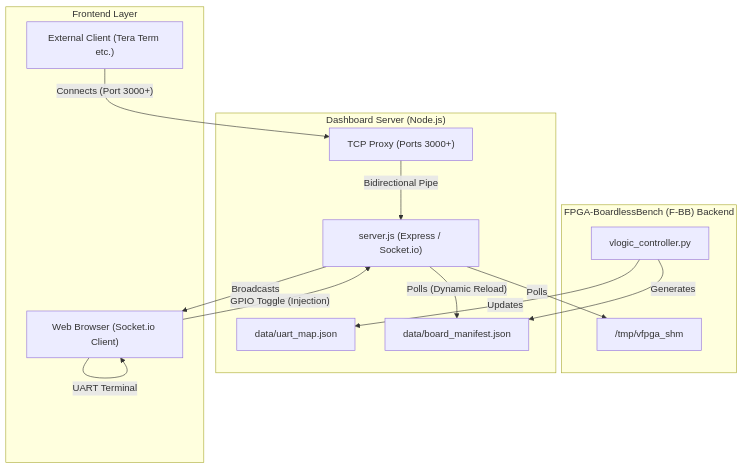
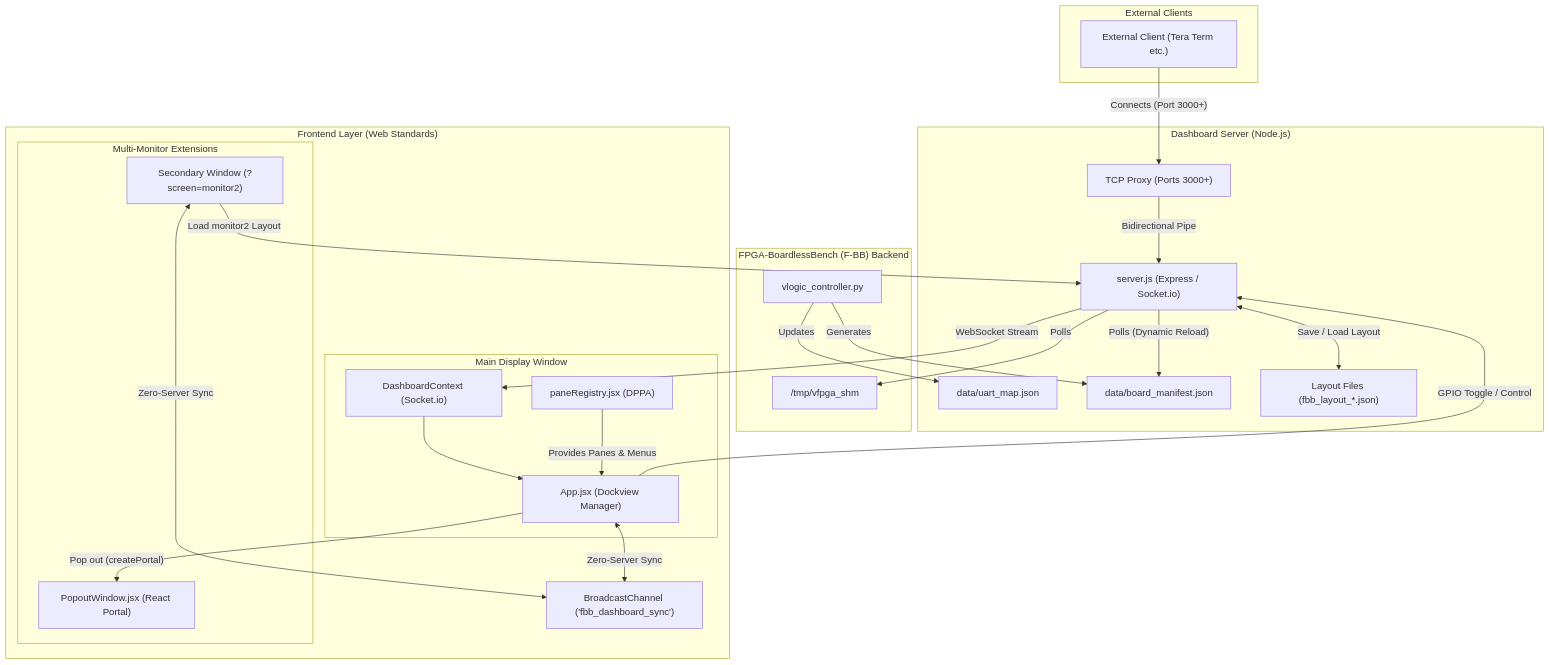
The diagram in dashboard/README.md (sirosiro/FPGA-BoardlessBench), drawn with Mermaid before and after one commit. The commit also changed other lines of this file and 9 other files, not shown here.

First line of the commit message:
feat(dashboard): Implement DPPA and Hybrid Multi-Screen Cockpit

````diff
--- a/dashboard/README.md
+++ b/dashboard/README.md
@@ -16,30 +18,51 @@
 ```mermaid
 graph TD
     subgraph "FPGA-BoardlessBench (F-BB) Backend"
         VLogic["vlogic_controller.py"]
         SHM["/tmp/vfpga_shm"]
     end
 
     subgraph "Dashboard Server (Node.js)"
         Srv["server.js (Express / Socket.io)"]
         Map["data/uart_map.json"]
         Manifest["data/board_manifest.json"]
         Proxy["TCP Proxy (Ports 3000+)"]
+        LayoutStore["Layout Files (fbb_layout_*.json)"]
     end
 
-    subgraph "Frontend Layer"
-        Client["Web Browser (Socket.io Client)"]
+    subgraph "Frontend Layer (Web Standards)"
+        subgraph "Main Display Window"
+            Client["App.jsx (Dockview Manager)"]
+            Registry["paneRegistry.jsx (DPPA)"]
+            Ctx["DashboardContext (Socket.io)"]
+        end
+
+        subgraph "Multi-Monitor Extensions"
+            Popout["PopoutWindow.jsx (React Portal)"]
+            SubClient["Secondary Window (?screen=monitor2)"]
+        end
+        
+        BC["BroadcastChannel ('fbb_dashboard_sync')"]
+    end
+
+    subgraph "External Clients"
         ExtClient["External Client (Tera Term etc.)"]
     end
 
     VLogic -->|"Generates"| Manifest
     VLogic -->|"Updates"| Map
     Srv -->|"Polls (Dynamic Reload)"| Manifest
     Srv -->|"Polls"| SHM
-    Srv -->|"Broadcasts"| Client
-    Client -->|"GPIO Toggle (Injection)"| Srv
-    Client -->|"UART Terminal"| Client
+    Srv -->|"WebSocket Stream"| Ctx
+    Srv <-->|"Save / Load Layout"| LayoutStore
+    Ctx --> Client
+    Registry -->|"Provides Panes & Menus"| Client
+    Client -->|"Pop out (createPortal)"| Popout
+    Client <-->|"Zero-Server Sync"| BC
+    SubClient <-->|"Zero-Server Sync"| BC
+    SubClient -->|"Load monitor2 Layout"| Srv
+    Client -->|"GPIO Toggle / Control"| Srv
     
     ExtClient -->|"Connects (Port 3000+)"| Proxy
     Proxy -->|"Bidirectional Pipe"| Srv
 ```
````
